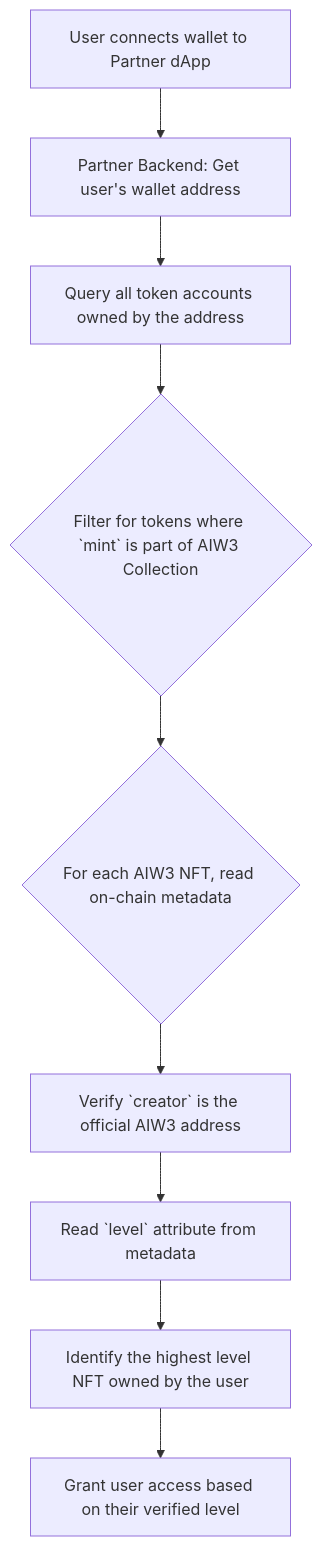
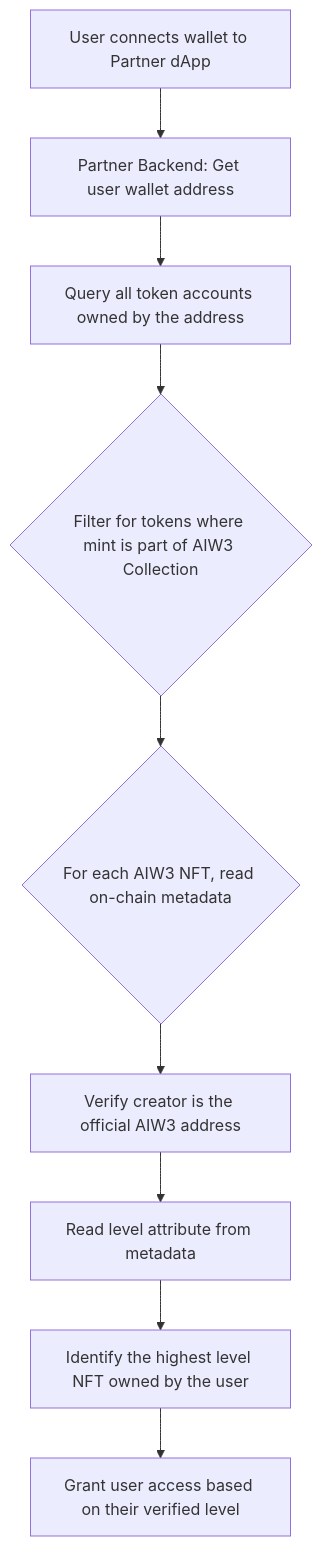
The fourth of 4 diagrams in docs/AIW3-NFT-Implementation-Guide.md (ljg-cqu/aiw3-nft-solana), drawn with Mermaid before and after one commit. The commit also changed other lines of this file and 2 other files, not shown here.

Commit message:
docs: remove quotes from diagram relationships and clean up flowchart labels

````diff
--- a/docs/AIW3-NFT-Implementation-Guide.md
+++ b/docs/AIW3-NFT-Implementation-Guide.md
@@ -248,11 +248,11 @@
 ```mermaid
 flowchart TD
-    A[User connects wallet to Partner dApp] --> B[Partner Backend: Get user's wallet address]
+    A[User connects wallet to Partner dApp] --> B[Partner Backend: Get user wallet address]
     B --> C[Query all token accounts owned by the address]
-    C --> D{Filter for tokens where `mint` is part of AIW3 Collection}
+    C --> D{Filter for tokens where mint is part of AIW3 Collection}
     D --> E{For each AIW3 NFT, read on-chain metadata}
-    E --> F[Verify `creator` is the official AIW3 address]
-    F --> G[Read `level` attribute from metadata]
+    E --> F[Verify creator is the official AIW3 address]
+    F --> G[Read level attribute from metadata]
     G --> H[Identify the highest level NFT owned by the user]
     H --> I[Grant user access based on their verified level]
 ```
````
